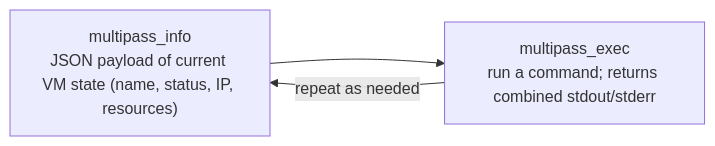
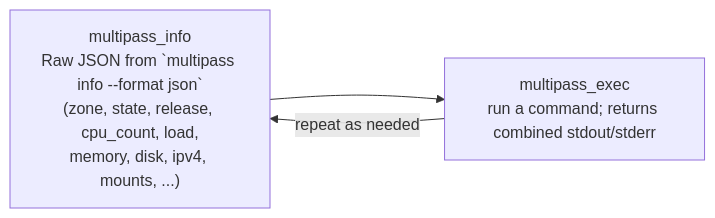
One commit to trollLemon/MPHarness changed the second of 2 diagrams in docs/how-to/manage_vm_lifecycle.md. Above: the diagram before and after it, drawn with Mermaid. The commit also changed other lines of this file and 8 other files, not shown here.

````diff
--- a/docs/how-to/manage_vm_lifecycle.md
+++ b/docs/how-to/manage_vm_lifecycle.md
@@ -9,7 +26,7 @@
 ```mermaid
 flowchart LR
-    INFO["multipass_info<br/>JSON payload of current VM state (name, status, IP, resources)"]
+    INFO["multipass_info<br/>Raw JSON from `multipass info --format json`<br/>(zone, state, release, cpu_count, load,<br/>memory, disk, ipv4, mounts, ...)"]
     EXEC["multipass_exec<br/>run a command; returns combined stdout/stderr"]
     INFO --> EXEC
     EXEC -->|repeat as needed| INFO
 ```
````
